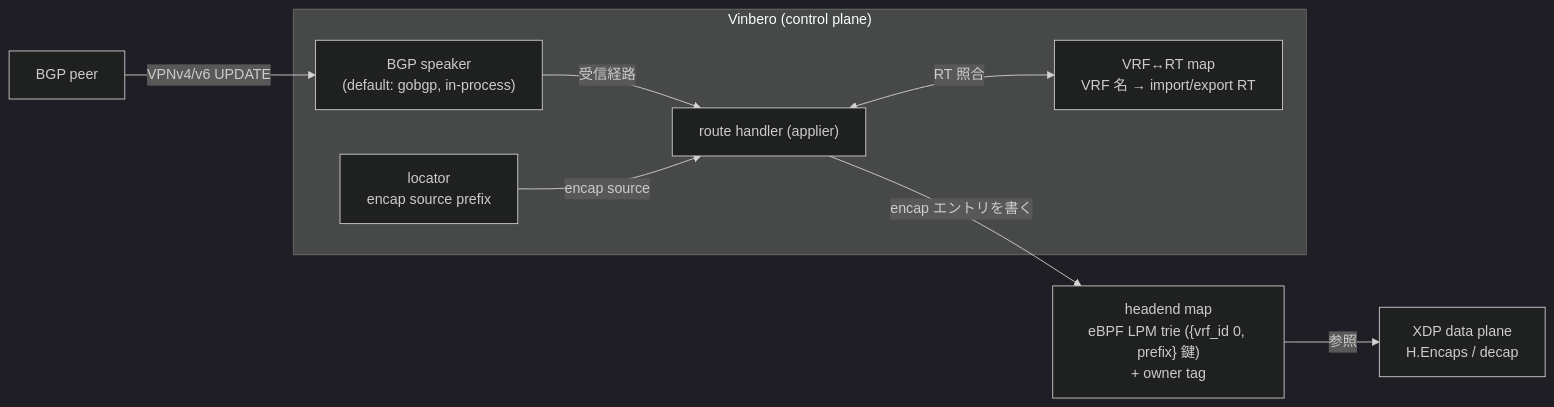
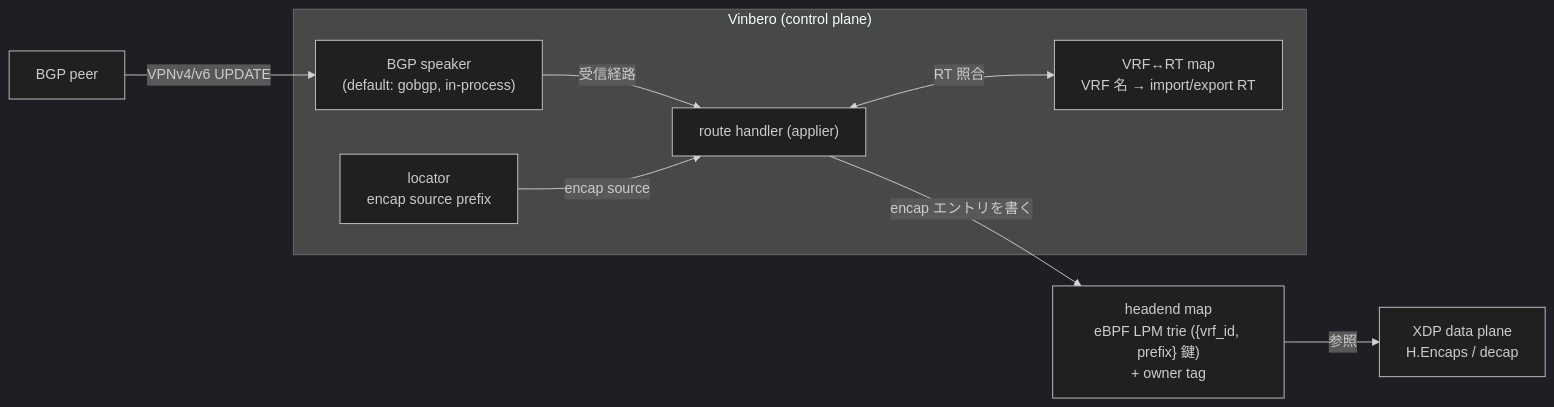
One commit to takehaya/Vinbero changed the second of 11 diagrams in docs/design/ja/srv6_bgp.md. Above: the diagram before and after it, drawn with Mermaid (dark theme). The commit also changed other lines of this file and 82 other files, not shown here.

````diff
--- a/docs/design/ja/srv6_bgp.md
+++ b/docs/design/ja/srv6_bgp.md
@@ -64,19 +64,19 @@
 ```mermaid
 flowchart LR
     PEER["BGP peer"]
     subgraph VB["Vinbero (control plane)"]
         SPK["BGP speaker<br/>(default: gobgp, in-process)"]
         APP["route handler (applier)"]
         VRFRT["VRF↔RT map<br/>VRF 名 → import/export RT"]
         LOC["locator<br/>encap source prefix"]
     end
-    HM["headend map<br/>eBPF LPM trie ({vrf_id 0, prefix} 鍵)<br/>+ owner tag"]
+    HM["headend map<br/>eBPF LPM trie ({vrf_id, prefix} 鍵)<br/>+ owner tag"]
     XDP["XDP data plane<br/>H.Encaps / decap"]
 
     PEER -->|VPNv4/v6 UPDATE| SPK
     SPK -->|受信経路| APP
     APP <-->|RT 照合| VRFRT
     LOC -->|encap source| APP
     APP -->|encap エントリを書く| HM
     HM -->|参照| XDP
 ```
````
